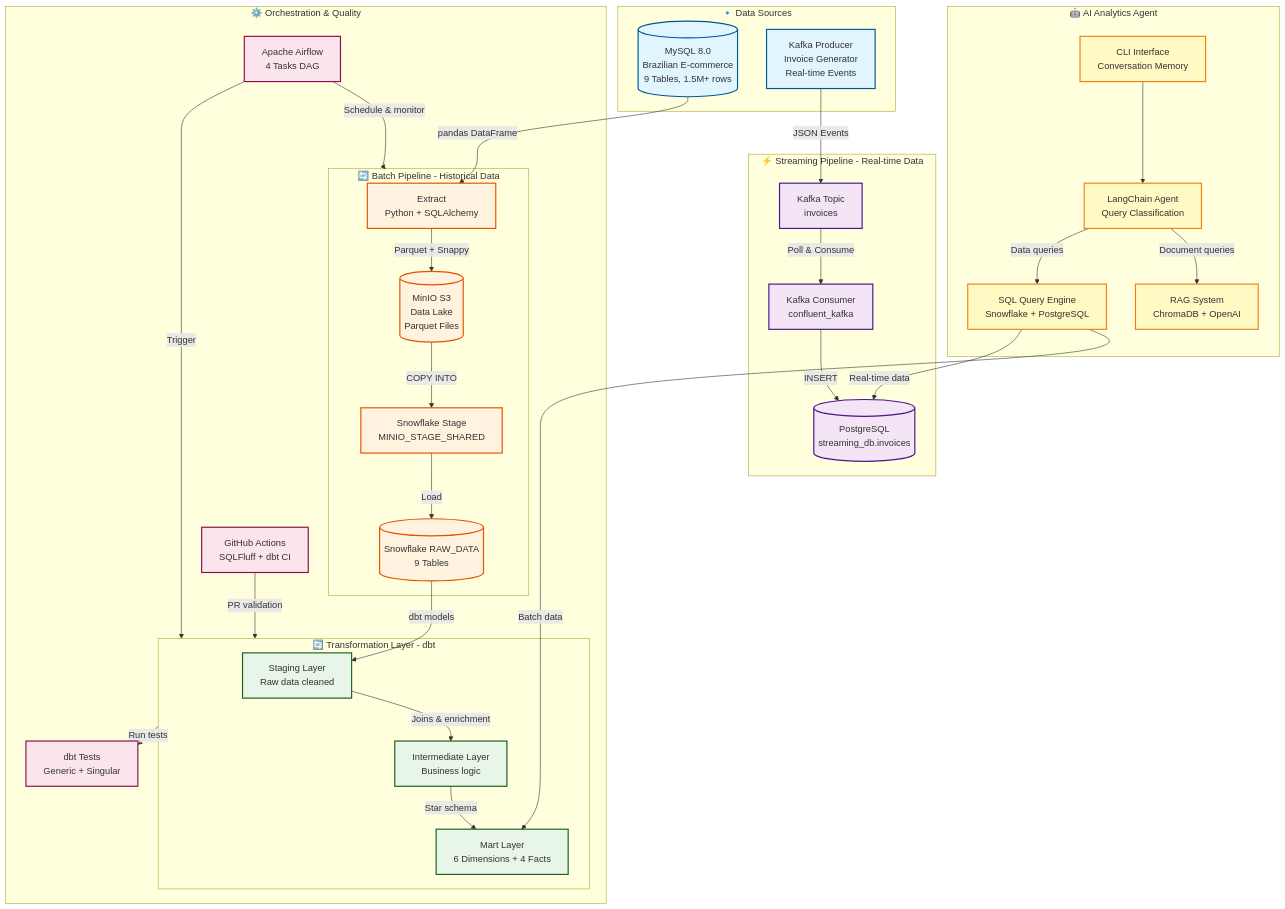
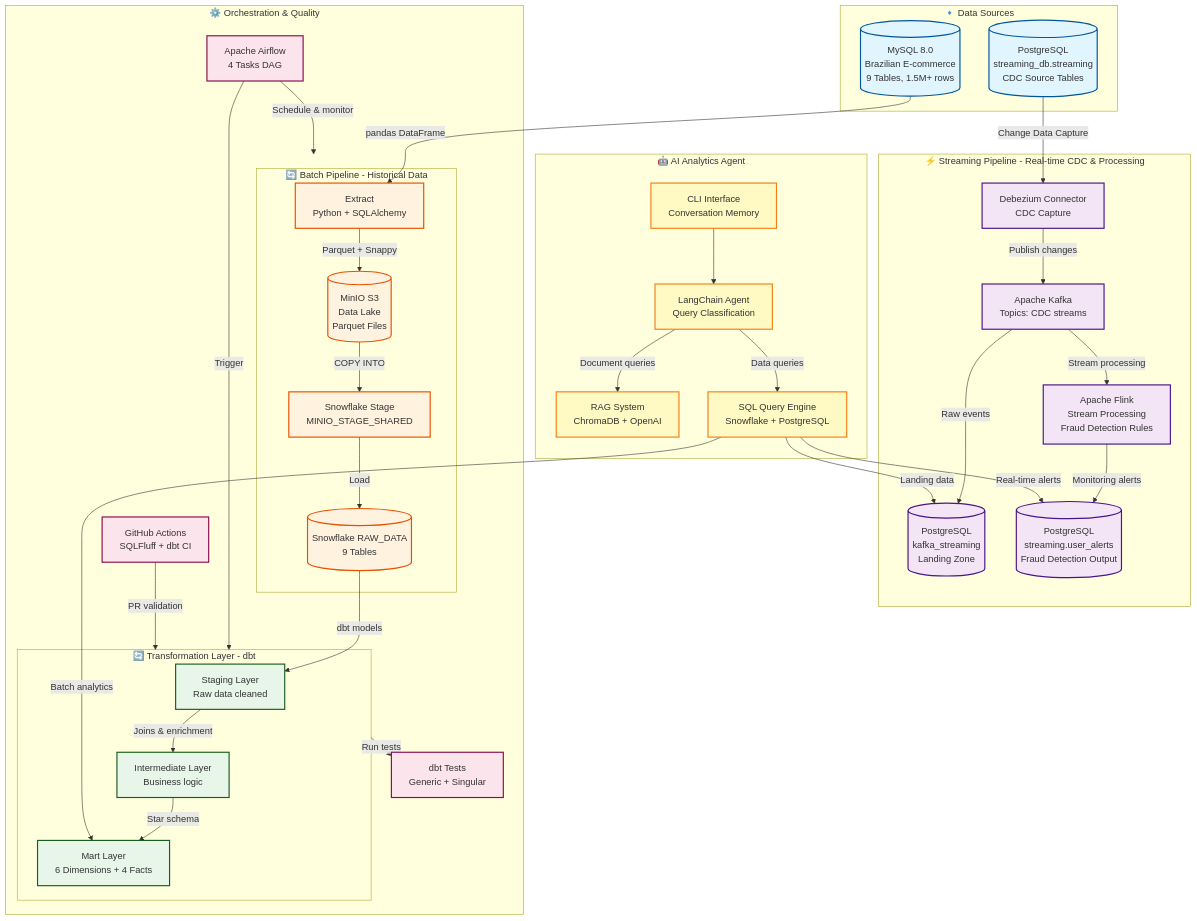
The diagram in README.md (namhuynhftu/data-ai-project), drawn with Mermaid before and after one commit. The commit also changed other lines of this file, not shown here.

````diff
--- a/README.md
+++ b/README.md
@@ -36,77 +36,82 @@
 ```mermaid
 graph TB
     subgraph Sources["🔹 Data Sources"]
         MySQL[(MySQL 8.0<br/>Brazilian E-commerce<br/>9 Tables, 1.5M+ rows)]
-        KafkaGen[Kafka Producer<br/>Invoice Generator<br/>Real-time Events]
+        PG_Stream[(PostgreSQL<br/>streaming_db.streaming<br/>CDC Source Tables)]
     end
     
     subgraph Batch["🔄 Batch Pipeline - Historical Data"]
         Extract[Extract<br/>Python + SQLAlchemy]
         MinIO[(MinIO S3<br/>Data Lake<br/>Parquet Files)]
         SnowStage[Snowflake Stage<br/>MINIO_STAGE_SHARED]
         SnowRaw[(Snowflake RAW_DATA<br/>9 Tables)]
         
         MySQL -->|pandas DataFrame| Extract
         Extract -->|Parquet + Snappy| MinIO
         MinIO -->|COPY INTO| SnowStage
         SnowStage -->|Load| SnowRaw
     end
     
-    subgraph Stream["⚡ Streaming Pipeline - Real-time Data"]
-        Kafka[Kafka Topic<br/>invoices]
-        Consumer[Kafka Consumer<br/>confluent_kafka]
-        PG[(PostgreSQL<br/>streaming_db.invoices)]
+    subgraph Stream["⚡ Streaming Pipeline - Real-time CDC & Processing"]
+        Debezium[Debezium Connector<br/>CDC Capture]
+        Kafka[Apache Kafka<br/>Topics: CDC streams]
+        Flink[Apache Flink<br/>Stream Processing<br/>Fraud Detection Rules]
+        PG_Landing[(PostgreSQL<br/>kafka_streaming<br/>Landing Zone)]
+        PG_Alerts[(PostgreSQL<br/>streaming.user_alerts<br/>Fraud Detection Output)]
         
-        KafkaGen -->|JSON Events| Kafka
-        Kafka -->|Poll & Consume| Consumer
-        Consumer -->|INSERT| PG
+        PG_Stream -->|Change Data Capture| Debezium
+        Debezium -->|Publish changes| Kafka
+        Kafka -->|Raw events| PG_Landing
+        Kafka -->|Stream processing| Flink
+        Flink -->|Monitoring alerts| PG_Alerts
     end
     
     subgraph Transform["🔄 Transformation Layer - dbt"]
         Staging[Staging Layer<br/>Raw data cleaned]
         Intermediate[Intermediate Layer<br/>Business logic]
         Mart[Mart Layer<br/>6 Dimensions + 4 Facts]
         
         SnowRaw -->|dbt models| Staging
         Staging -->|Joins & enrichment| Intermediate
         Intermediate -->|Star schema| Mart
     end
     
     subgraph Orchestration["⚙️ Orchestration & Quality"]
         Airflow[Apache Airflow<br/>4 Tasks DAG]
         DBT_Tests[dbt Tests<br/>Generic + Singular]
         CI[GitHub Actions<br/>SQLFluff + dbt CI]
         
         Airflow -->|Schedule & monitor| Batch
         Airflow -->|Trigger| Transform
         Transform -->|Run tests| DBT_Tests
         CI -->|PR validation| Transform
     end
     
     subgraph AI["🤖 AI Analytics Agent"]
         CLI[CLI Interface<br/>Conversation Memory]
         RAG[RAG System<br/>ChromaDB + OpenAI]
         SQLRunner[SQL Query Engine<br/>Snowflake + PostgreSQL]
         Agent[LangChain Agent<br/>Query Classification]
         
         CLI --> Agent
         Agent -->|Document queries| RAG
         Agent -->|Data queries| SQLRunner
-        SQLRunner -->|Batch data| Mart
-        SQLRunner -->|Real-time data| PG
+        SQLRunner -->|Batch analytics| Mart
+        SQLRunner -->|Real-time alerts| PG_Alerts
+        SQLRunner -->|Landing data| PG_Landing
     end
     
     classDef source fill:#e1f5ff,stroke:#01579b,stroke-width:2px
     classDef batch fill:#fff3e0,stroke:#e65100,stroke-width:2px
     classDef stream fill:#f3e5f5,stroke:#4a148c,stroke-width:2px
     classDef transform fill:#e8f5e9,stroke:#1b5e20,stroke-width:2px
     classDef orchestration fill:#fce4ec,stroke:#880e4f,stroke-width:2px
     classDef ai fill:#fff9c4,stroke:#f57f17,stroke-width:2px
     
-    class MySQL,KafkaGen source
+    class MySQL,PG_Stream source
     class Extract,MinIO,SnowStage,SnowRaw batch
-    class Kafka,Consumer,PG stream
+    class Debezium,Kafka,Flink,PG_Landing,PG_Alerts stream
     class Staging,Intermediate,Mart transform
     class Airflow,DBT_Tests,CI orchestration
     class CLI,RAG,SQLRunner,Agent ai
 ```
````
